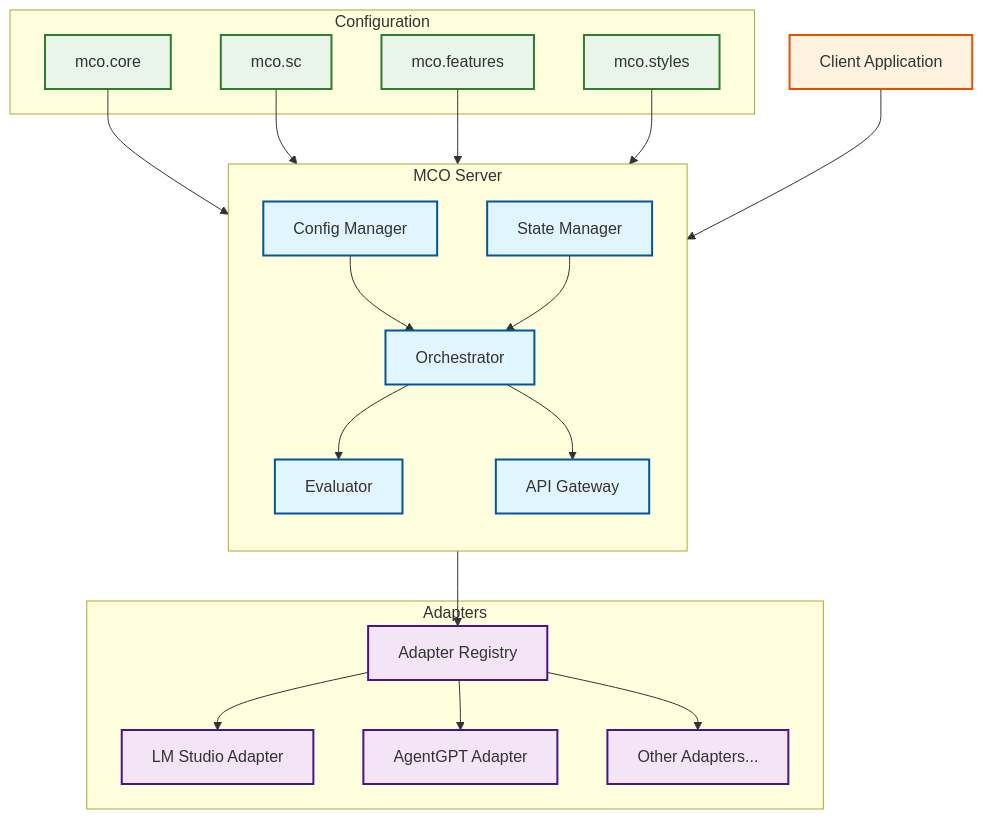
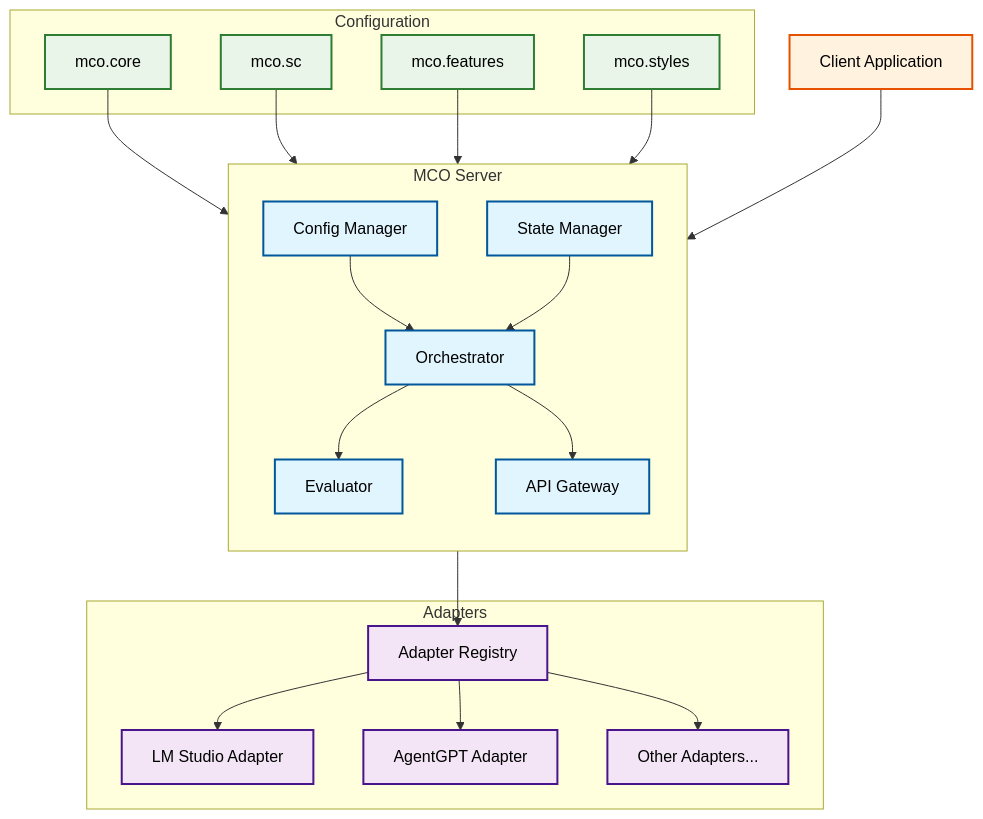
One commit to paradiselabs-ai/MCO-Protocol changed the second of 4 diagrams in docs/documentation.md. Above: the diagram before and after it, drawn with Mermaid. The commit also changed other lines of this file, not shown here.

````diff
--- a/docs/documentation.md
+++ b/docs/documentation.md
@@ -79,39 +79,39 @@
 ```mermaid
 graph TD
     subgraph "MCO Server"
         direction TB
         
         CM[Config Manager] --> OR[Orchestrator]
         SM[State Manager] --> OR
         OR --> EV[Evaluator]
         OR --> API[API Gateway]
         
-        classDef core fill:#e1f5fe,stroke:#01579b,stroke-width:2px
+        classDef core fill:#e1f5fe,stroke:#01579b,stroke-width:2px,color:#000000
         class CM,SM,OR,EV,API core
     end
     
     subgraph "Adapters"
         AR[Adapter Registry] --> LMS[LM Studio Adapter]
         AR --> AGT[AgentGPT Adapter]
         AR --> OTH[Other Adapters...]
         
-        classDef adapters fill:#f3e5f5,stroke:#4a148c,stroke-width:2px
+        classDef adapters fill:#f3e5f5,stroke:#4a148c,stroke-width:2px,color:#000000
         class AR,LMS,AGT,OTH adapters
     end
     
     subgraph "Configuration"
         CORE[mco.core] --> CM
         SC[mco.sc] --> CM
         FEAT[mco.features] --> CM
         STYLE[mco.styles] --> CM
         
-        classDef config fill:#e8f5e8,stroke:#2e7d32,stroke-width:2px
+        classDef config fill:#e8f5e8,stroke:#2e7d32,stroke-width:2px,color:#000000
         class CORE,SC,FEAT,STYLE config
     end
     
     OR --> AR
     CLIENT[Client Application] --> API
     
-    classDef client fill:#fff3e0,stroke:#e65100,stroke-width:2px
+    classDef client fill:#fff3e0,stroke:#e65100,stroke-width:2px,color:#000000
     class CLIENT client
 ```
````
